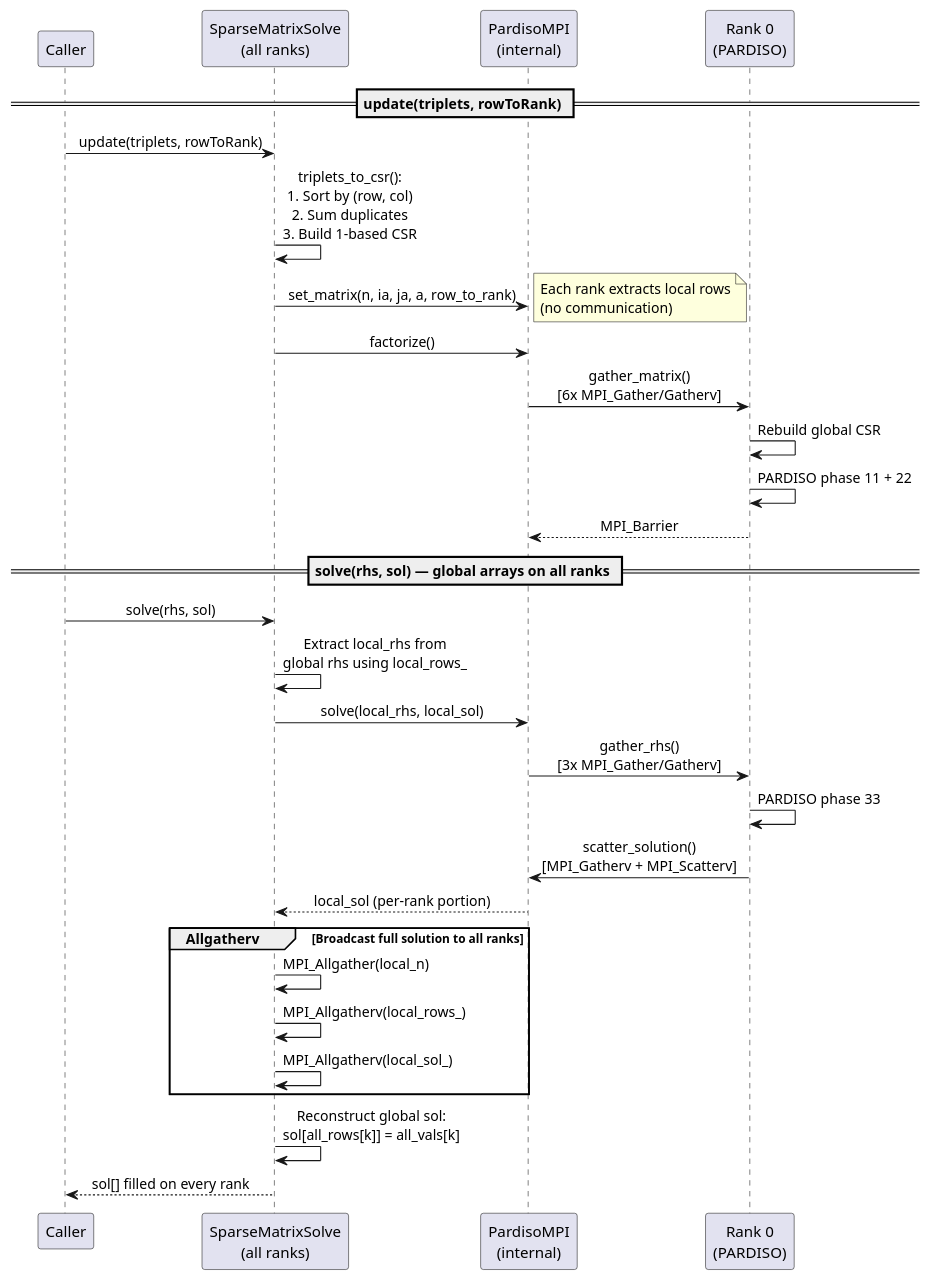
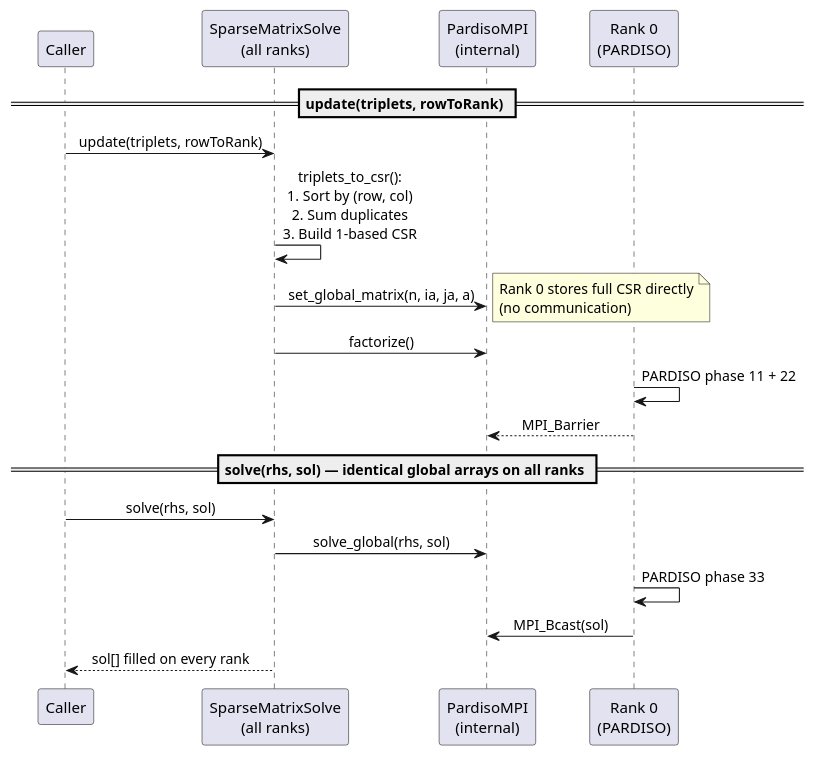
Before and after one commit to kyungminlee/pardiso-mpi: the second of 3 diagrams in DEVELOPER.md, drawn with PlantUML. The commit also changed other lines of this file and 4 other files, not shown here.

First line of the commit message:
Eliminate unnecessary MPI gather/scatter in SparseMatrixSolvePardiso

````diff
--- a/DEVELOPER.md
+++ b/DEVELOPER.md
@@ -305,49 +300,35 @@
 ```plantuml
 @startuml sparse_matrix_solve_sequence
 skinparam sequenceMessageAlign center
 skinparam participantPadding 20
 
 participant "Caller"              as C
 participant "SparseMatrixSolve\n(all ranks)" as S
 participant "PardisoMPI\n(internal)"         as PM
 participant "Rank 0\n(PARDISO)"              as R0
 
 == update(triplets, rowToRank) ==
 
 C -> S : update(triplets, rowToRank)
 
 S -> S : triplets_to_csr():\n1. Sort by (row, col)\n2. Sum duplicates\n3. Build 1-based CSR
 
-S -> PM : set_matrix(n, ia, ja, a, row_to_rank)
-note right : Each rank extracts local rows\n(no communication)
+S -> PM : set_global_matrix(n, ia, ja, a)
+note right : Rank 0 stores full CSR directly\n(no communication)
 
 S -> PM : factorize()
-PM -> R0 : gather_matrix()\n[6x MPI_Gather/Gatherv]
-R0 -> R0 : Rebuild global CSR
 R0 -> R0 : PARDISO phase 11 + 22
 PM <-- R0 : MPI_Barrier
 
-== solve(rhs, sol) — global arrays on all ranks ==
+== solve(rhs, sol) — identical global arrays on all ranks ==
 
 C -> S : solve(rhs, sol)
 
-S -> S : Extract local_rhs from\nglobal rhs using local_rows_
-
-S -> PM : solve(local_rhs, local_sol)
-PM -> R0 : gather_rhs()\n[3x MPI_Gather/Gatherv]
+S -> PM : solve_global(rhs, sol)
 R0 -> R0 : PARDISO phase 33
-R0 -> PM : scatter_solution()\n[MPI_Gatherv + MPI_Scatterv]
-S <-- PM : local_sol (per-rank portion)
-
-group Allgatherv [Broadcast full solution to all ranks]
-  S -> S : MPI_Allgather(local_n)
-  S -> S : MPI_Allgatherv(local_rows_)
-  S -> S : MPI_Allgatherv(local_sol_)
-end
-
-S -> S : Reconstruct global sol:\nsol[all_rows[k]] = all_vals[k]
+R0 -> PM : MPI_Bcast(sol)
 
 S --> C : sol[] filled on every rank
 
 @enduml
 ```
````
